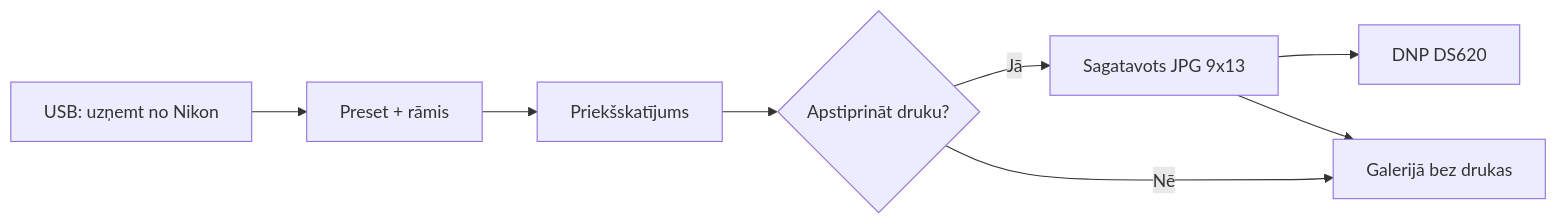
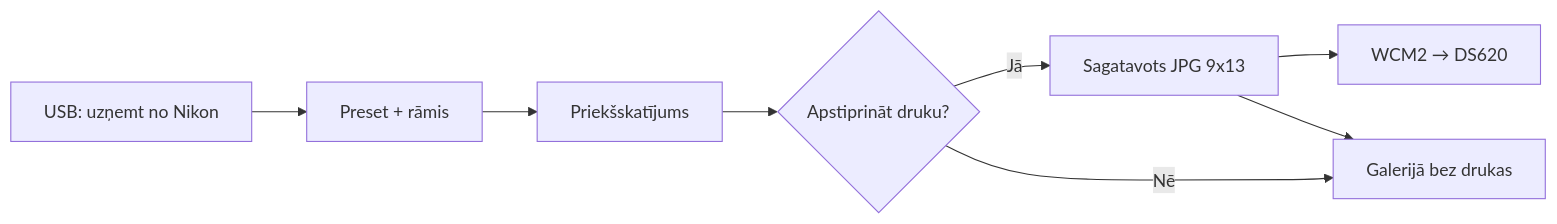
The diagram in docs/FOTO_KASTE.md (siatrioit/EFPIC-LIVE), drawn with Mermaid before and after one commit. The commit also changed other lines of this file, not shown here.

Commit message:
docs: Foto Kaste spec — DNP WCM2 (not WCM-Plus)

````diff
--- a/docs/FOTO_KASTE.md
+++ b/docs/FOTO_KASTE.md
@@ -22,10 +23,10 @@
 ```mermaid
 flowchart LR
   A[USB: uzņemt no Nikon] --> B[Preset + rāmis]
   B --> C[Priekšskatījums]
   C --> D{Apstiprināt druku?}
   D -->|Jā| E[Sagatavots JPG 9x13]
   D -->|Nē| F[Galerijā bez drukas]
-  E --> G[DNP DS620]
+  E --> G[WCM2 → DS620]
   E --> F
 ```
````
